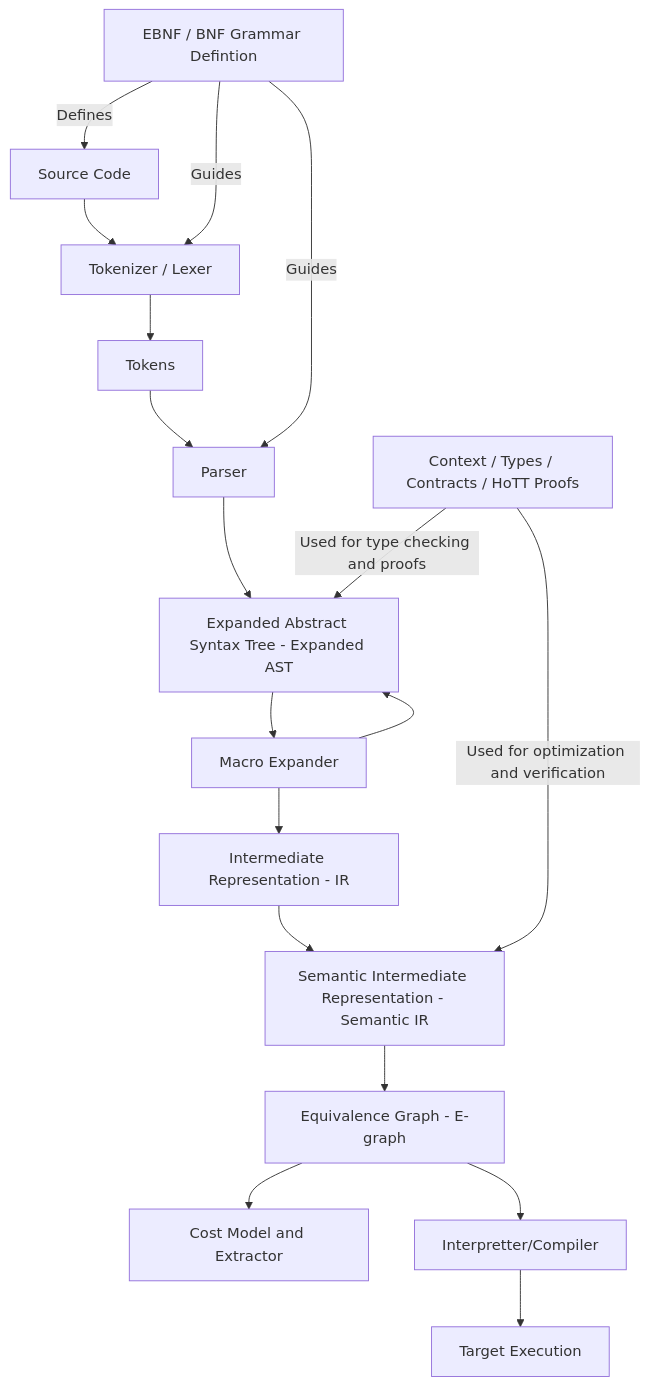
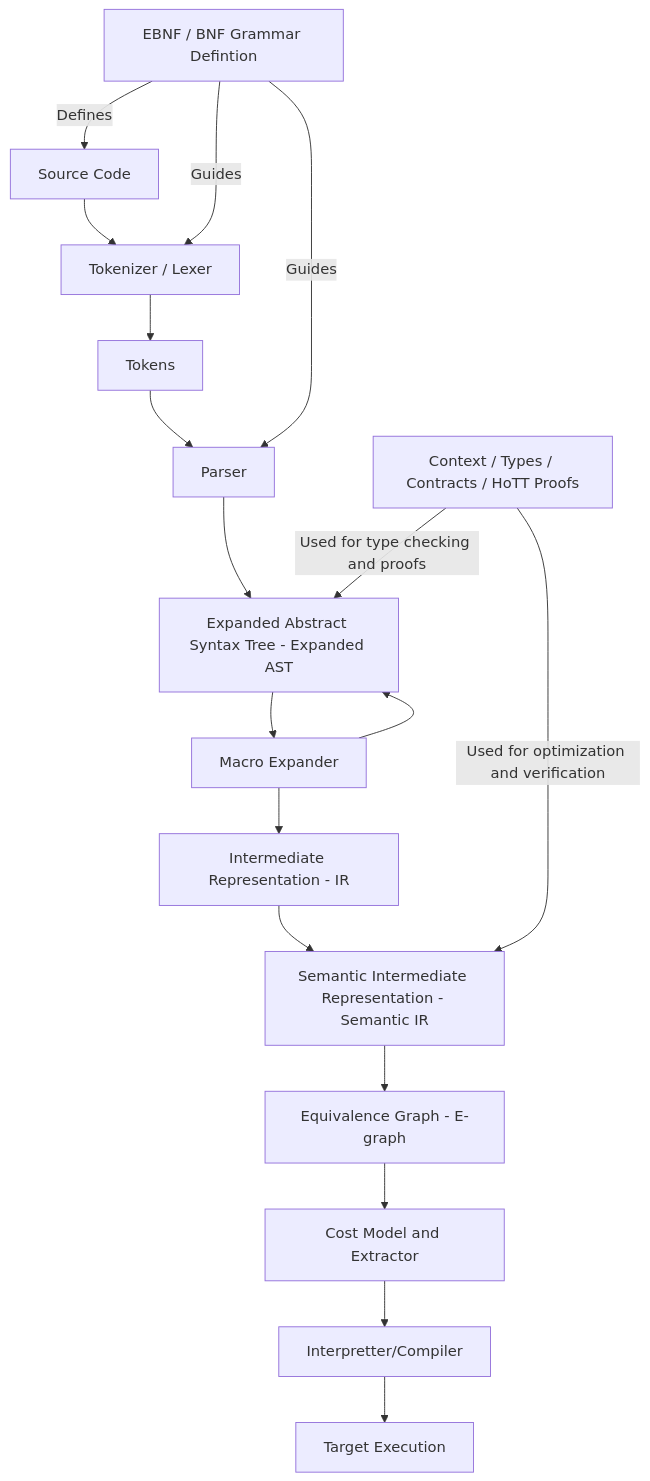
The diagram in compiler.md (tbrumbaugh5396/my-amazing-programming-language), drawn with Mermaid before and after one commit.

````diff
--- a/compiler.md
+++ b/compiler.md
@@ -1,23 +1,23 @@
 ```mermaid
 
 graph TD
     A[Source Code] --> B[Tokenizer / Lexer]
     B --> C[Tokens]
     C --> D[Parser]
     D --> E[Expanded Abstract Syntax Tree - Expanded AST]
     E --> F[Macro Expander]
     F --> E
     G[EBNF / BNF Grammar Defintion] --> | Defines| A
     G --> | Guides | B
     G --> | Guides | D
     H[Context / Types / Contracts / HoTT Proofs] 
     H --> | Used for type checking and proofs | E
     F --> J[Intermediate Representation - IR]
     J --> K[Semantic Intermediate Representation - Semantic IR]
     H --> | Used for optimization and verification | K
     K --> L[Equivalence Graph - E-graph]
     L --> M[Cost Model and Extractor]
-    L --> I[Interpretter/Compiler]
+    M --> I[Interpretter/Compiler]
     I --> N[Target Execution]
 
 ```
````
